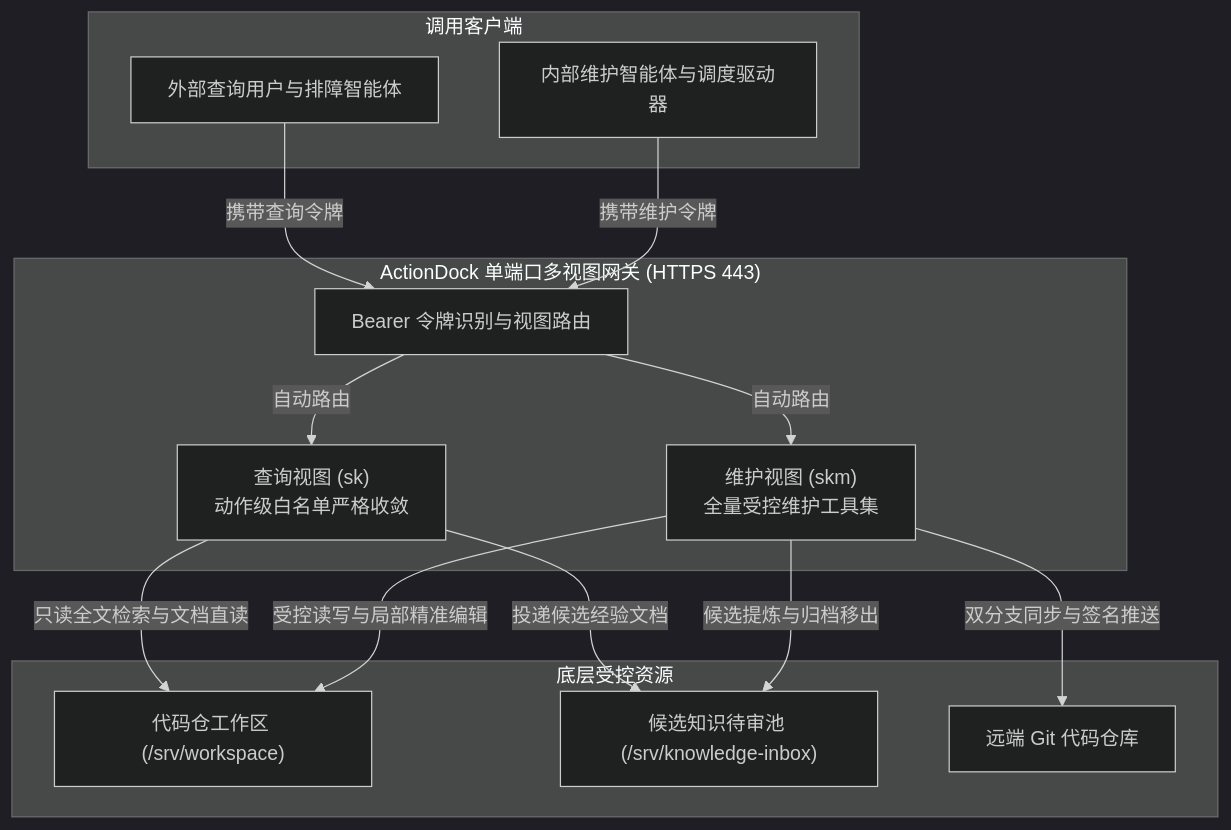
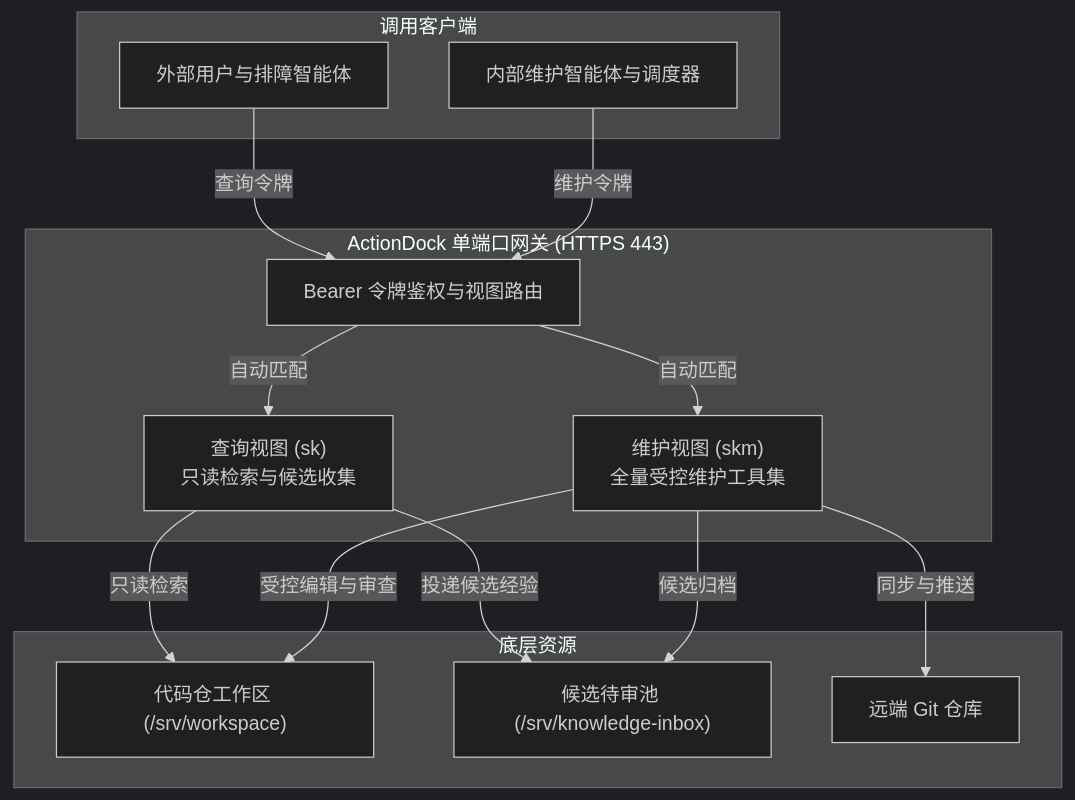
The first of 2 diagrams in docs/design.md (fjay/actiondock-workspace), drawn with Mermaid (dark theme) before and after one commit. The commit also changed other lines of this file and 4 other files, not shown here.

````diff
--- a/docs/design.md
+++ b/docs/design.md
@@ -79,30 +47,30 @@
 ```mermaid
 flowchart TD
     subgraph Clients["调用客户端"]
-        C1["外部查询用户与排障智能体"]
-        C2["内部维护智能体与调度驱动器"]
+        C1["外部用户与排障智能体"]
+        C2["内部维护智能体与调度器"]
     end
 
-    subgraph Gateway["ActionDock 单端口多视图网关 (HTTPS 443)"]
-        Router["Bearer 令牌识别与视图路由"]
-        V1["查询视图 (sk)<br/>动作级白名单严格收敛"]
+    subgraph Gateway["ActionDock 单端口网关 (HTTPS 443)"]
+        Router["Bearer 令牌鉴权与视图路由"]
+        V1["查询视图 (sk)<br/>只读检索与候选收集"]
         V2["维护视图 (skm)<br/>全量受控维护工具集"]
     end
 
-    subgraph Targets["底层受控资源"]
+    subgraph Targets["底层资源"]
         W["代码仓工作区 (/srv/workspace)"]
-        I["候选知识待审池 (/srv/knowledge-inbox)"]
-        G["远端 Git 代码仓库"]
+        I["候选待审池 (/srv/knowledge-inbox)"]
+        G["远端 Git 仓库"]
     end
 
-    C1 -->|"携带查询令牌"| Router
-    C2 -->|"携带维护令牌"| Router
-    Router -->|"自动路由"| V1
-    Router -->|"自动路由"| V2
+    C1 -->|"查询令牌"| Router
+    C2 -->|"维护令牌"| Router
+    Router -->|"自动匹配"| V1
+    Router -->|"自动匹配"| V2
 
-    V1 -->|"只读全文检索与文档直读"| W
-    V1 -->|"投递候选经验文档"| I
-    V2 -->|"受控读写与局部精准编辑"| W
-    V2 -->|"候选提炼与归档移出"| I
-    V2 -->|"双分支同步与签名推送"| G
+    V1 -->|"只读检索"| W
+    V1 -->|"投递候选经验"| I
+    V2 -->|"受控编辑与审查"| W
+    V2 -->|"候选归档"| I
+    V2 -->|"同步与推送"| G
 ```
````
